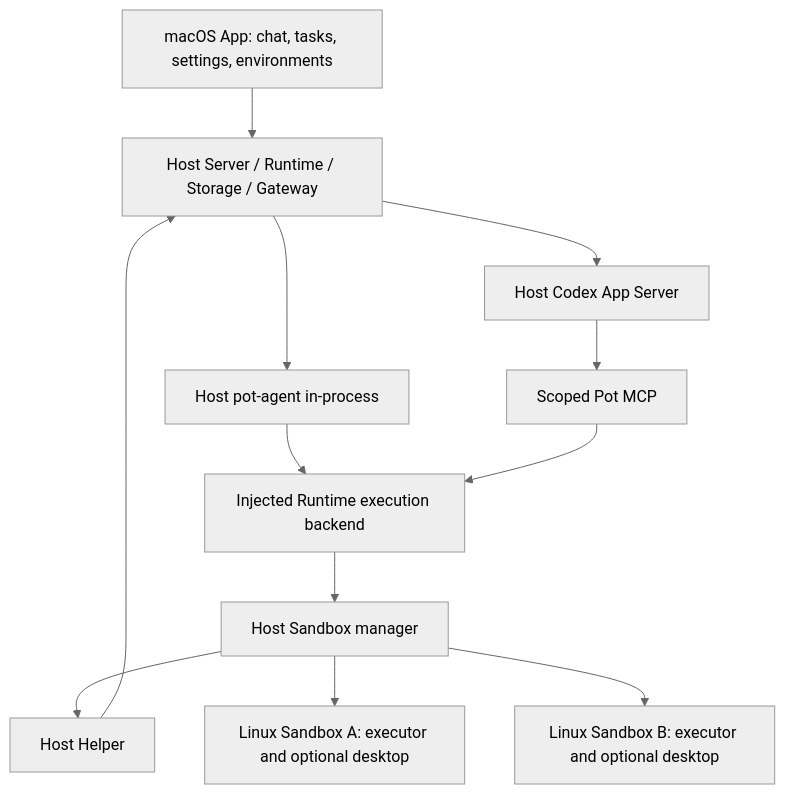
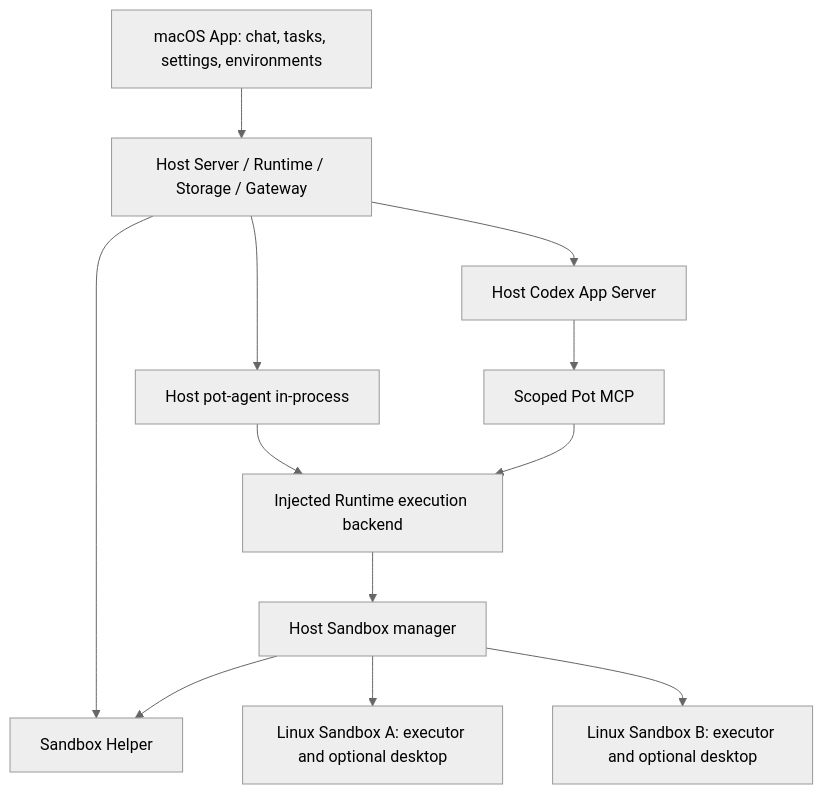
The diagram in docs/architecture.md (jjyr/pot), drawn with Mermaid (neutral theme) before and after one commit. The commit also changed other lines of this file and 45 other files, not shown here.

````diff
--- a/docs/architecture.md
+++ b/docs/architecture.md
@@ -5,14 +5,14 @@
 ```mermaid
 flowchart TB
     App[macOS App: chat, tasks, settings, environments] --> Server[Host Server / Runtime / Storage / Gateway]
-    Helper[Host Helper] --> Server
+    Server --> Helper[Sandbox Helper]
     Server --> Pot[Host pot-agent in-process]
     Server --> Codex[Host Codex App Server]
     Pot --> Tools[Injected Runtime execution backend]
     Codex --> MCP[Scoped Pot MCP]
     MCP --> Tools
     Tools --> Manager[Host Sandbox manager]
     Manager --> Helper
     Manager --> A[Linux Sandbox A: executor and optional desktop]
     Manager --> B[Linux Sandbox B: executor and optional desktop]
 ```
````
